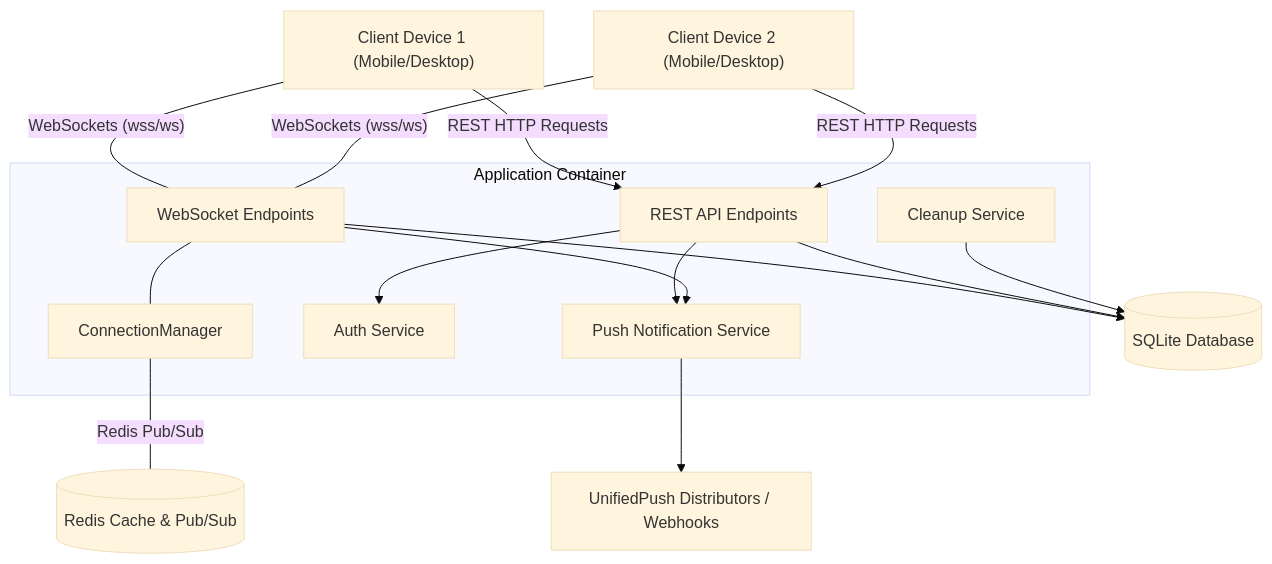
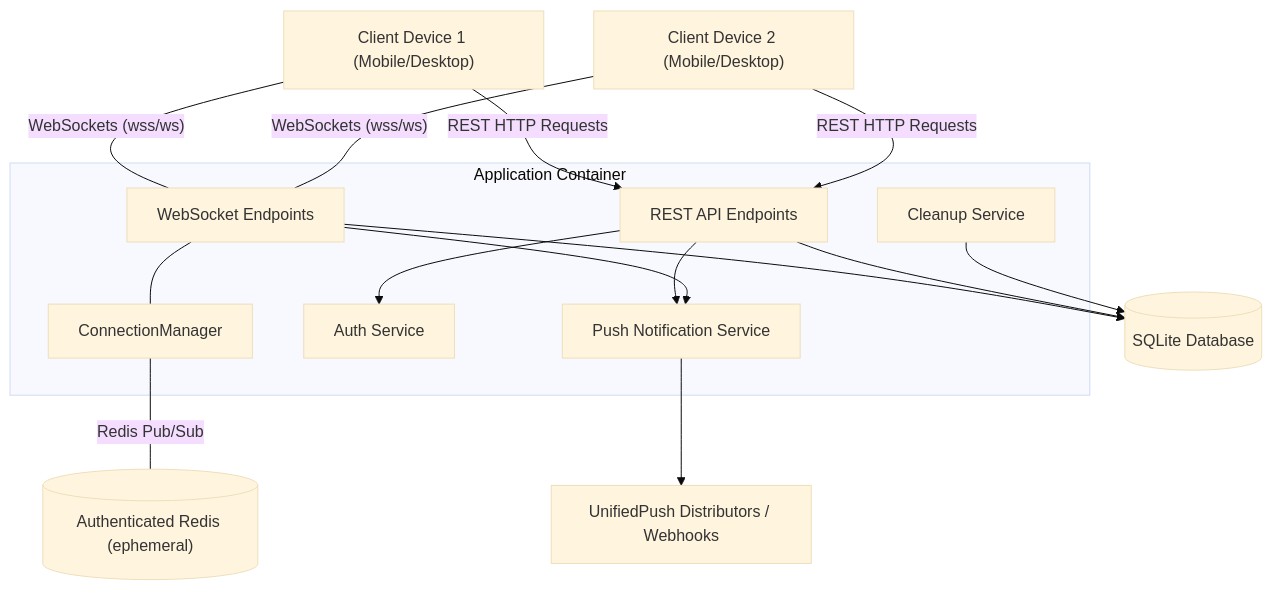
The first of 3 diagrams in ARCHITECTURE.md (zyr-ux/Synclo-Backend), drawn with Mermaid (base theme) before and after one commit. The commit also changed other lines of this file and 67 other files, not shown here.

````diff
--- a/ARCHITECTURE.md
+++ b/ARCHITECTURE.md
@@ -13,27 +13,27 @@
 ```mermaid
 graph TD
     Client1["Client Device 1 (Mobile/Desktop)"] ---|"WebSockets (wss/ws)"| WS_End["WebSocket Endpoints"]
     Client2["Client Device 2 (Mobile/Desktop)"] ---|"WebSockets (wss/ws)"| WS_End
     Client1 -->|"REST HTTP Requests"| REST_End["REST API Endpoints"]
     Client2 -->|"REST HTTP Requests"| REST_End
     
     subgraph FastAPI ["Application Container"]
         WS_End
         REST_End
         Manager["ConnectionManager"]
         AuthServ["Auth Service"]
         CleanupServ["Cleanup Service"]
         PushServ["Push Notification Service"]
     end
     
     WS_End --- Manager
     REST_End --> AuthServ
     WS_End --> DB[("SQLite Database")]
     REST_End --> DB
     CleanupServ --> DB
     REST_End --> PushServ
     WS_End --> PushServ
     PushServ --> Dist["UnifiedPush Distributors / Webhooks"]
     
-    Manager ---|"Redis Pub/Sub"| Redis[("Redis Cache & Pub/Sub")]
+    Manager ---|"Redis Pub/Sub"| Redis[("Authenticated Redis (ephemeral)")]
 ```
````
